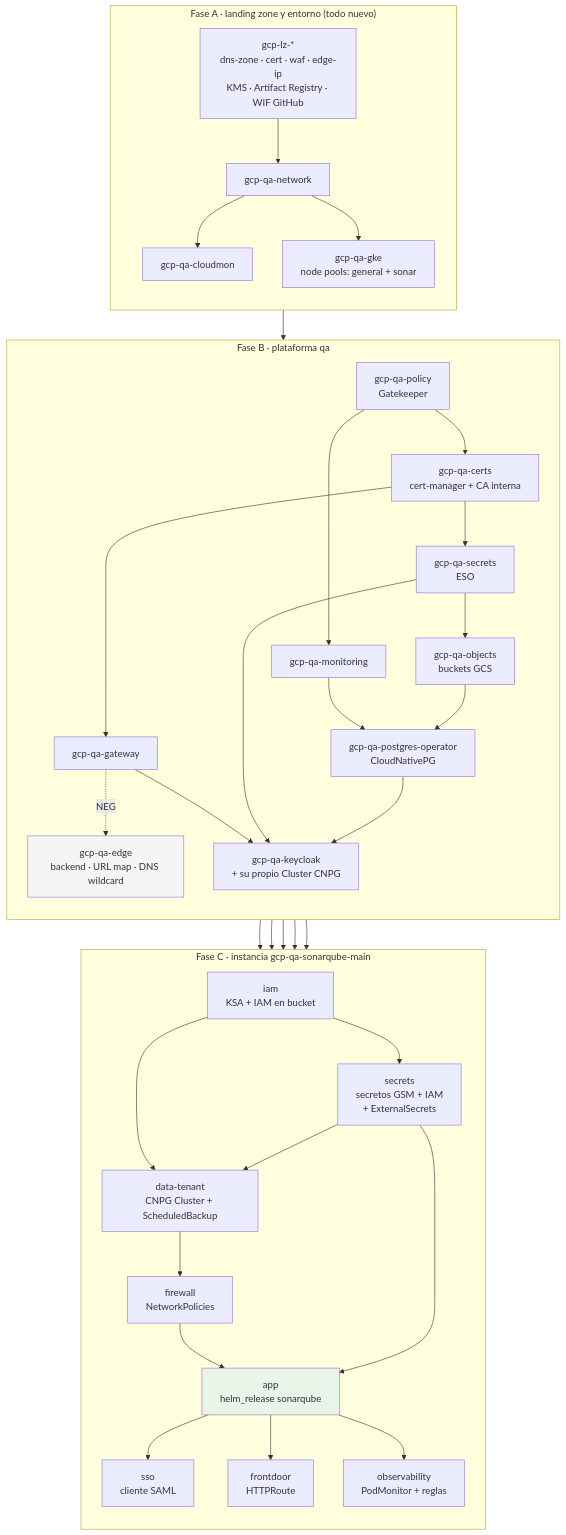
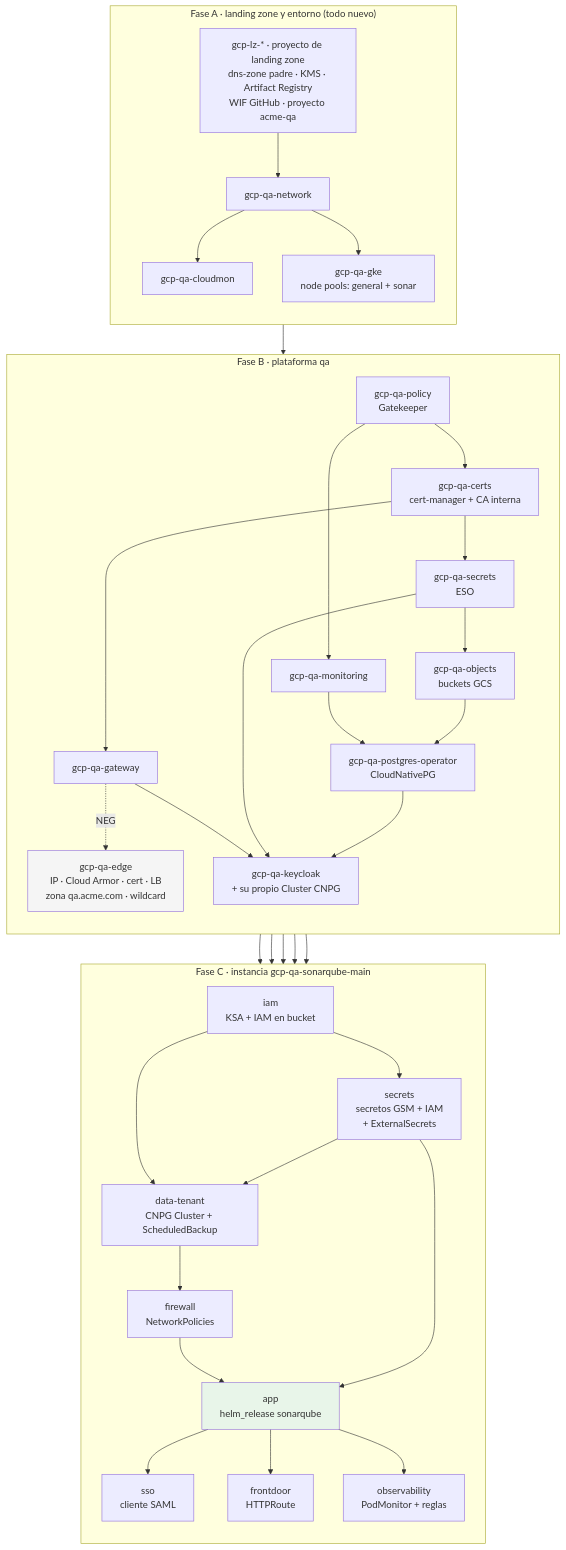
One commit to aescanero/proposal_documents changed the diagram in docs/proposals/sonarqube-qa/diagrams/03-orden-despliegue.mmd. Above: the diagram before and after it, drawn with Mermaid. The commit also changed 10 other files, not shown here.

```diff
--- a/docs/proposals/sonarqube-qa/diagrams/03-orden-despliegue.mmd
+++ b/docs/proposals/sonarqube-qa/diagrams/03-orden-despliegue.mmd
@@ -1,45 +1,45 @@
 flowchart TD
     subgraph Z["Fase A · landing zone y entorno (todo nuevo)"]
         direction TB
-        LZ["gcp-lz-*<br/>dns-zone · cert · waf · edge-ip<br/>KMS · Artifact Registry · WIF GitHub"] --> N["gcp-qa-network"]
+        LZ["gcp-lz-* · proyecto de landing zone<br/>dns-zone padre · KMS · Artifact Registry<br/>WIF GitHub · proyecto acme-qa"] --> N["gcp-qa-network"]
         N --> CM["gcp-qa-cloudmon"]
         N --> C["gcp-qa-gke<br/>node pools: general + sonar"]
     end
 
     subgraph P["Fase B · plataforma qa"]
         direction TB
         C --> PO["gcp-qa-policy<br/>Gatekeeper"]
         PO --> CE["gcp-qa-certs<br/>cert-manager + CA interna"]
         PO --> M["gcp-qa-monitoring"]
         CE --> S1["gcp-qa-secrets<br/>ESO"]
         CE --> GW["gcp-qa-gateway"]
-        GW -. "NEG" .-> ED["gcp-qa-edge<br/>backend · URL map · DNS wildcard"]
+        GW -. "NEG" .-> ED["gcp-qa-edge<br/>IP · Cloud Armor · cert · LB<br/>zona qa.acme.com · wildcard"]
         S1 --> OB["gcp-qa-objects<br/>buckets GCS"]
         OB --> DB["gcp-qa-postgres-operator<br/>CloudNativePG"]
         M --> DB
         DB --> KC["gcp-qa-keycloak<br/>+ su propio Cluster CNPG"]
         S1 --> KC
         GW --> KC
     end
 
     subgraph I["Fase C · instancia gcp-qa-sonarqube-main"]
         direction TB
         IAM["iam<br/>KSA + IAM en bucket"] --> SEC["secrets<br/>secretos GSM + IAM<br/>+ ExternalSecrets"]
         IAM --> DATA["data-tenant<br/>CNPG Cluster + ScheduledBackup"]
         SEC --> DATA
         DATA --> FW["firewall<br/>NetworkPolicies"]
         FW --> APP["app<br/>helm_release sonarqube"]
         SEC --> APP
         APP --> SSO["sso<br/>cliente SAML"]
         APP --> FD["frontdoor<br/>HTTPRoute"]
         APP --> OBS["observability<br/>PodMonitor + reglas"]
     end
 
     S1 --> SEC
     DB --> DATA
     KC --> SSO
     GW --> FD
     M --> OBS
 
     style ED fill:#f5f5f5
     style APP fill:#e8f5e9
```
